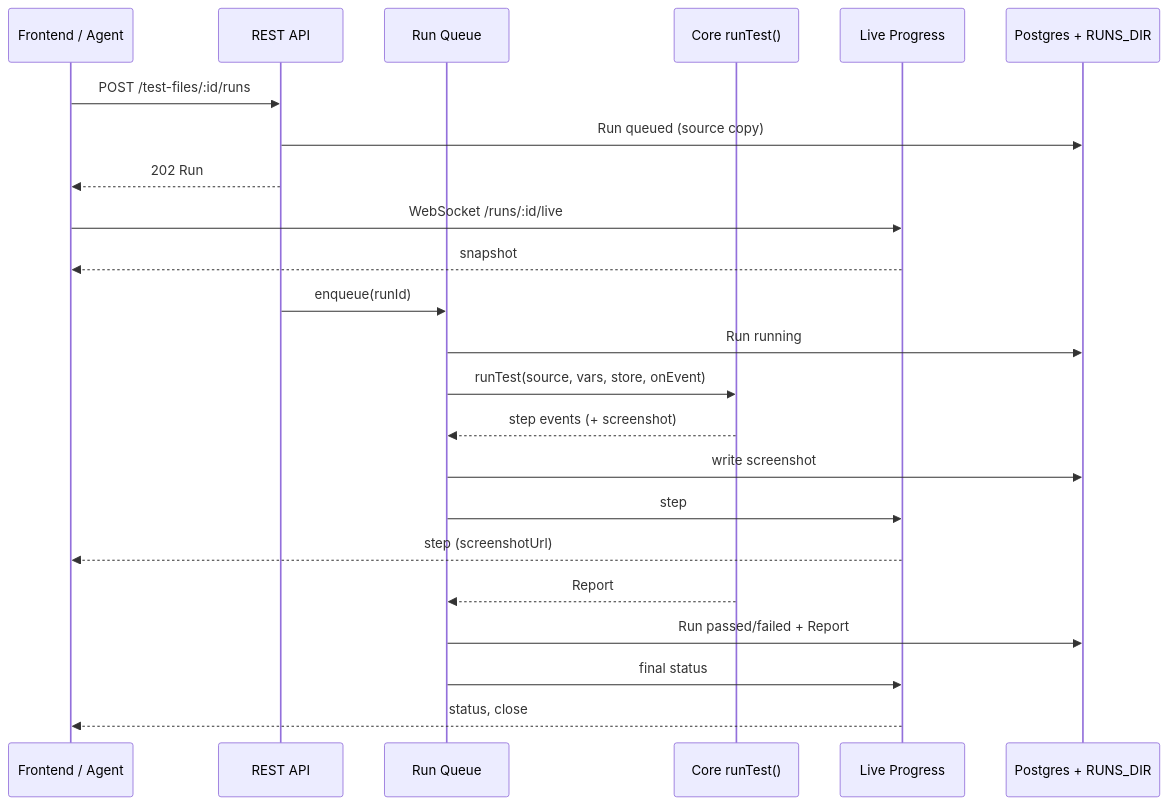
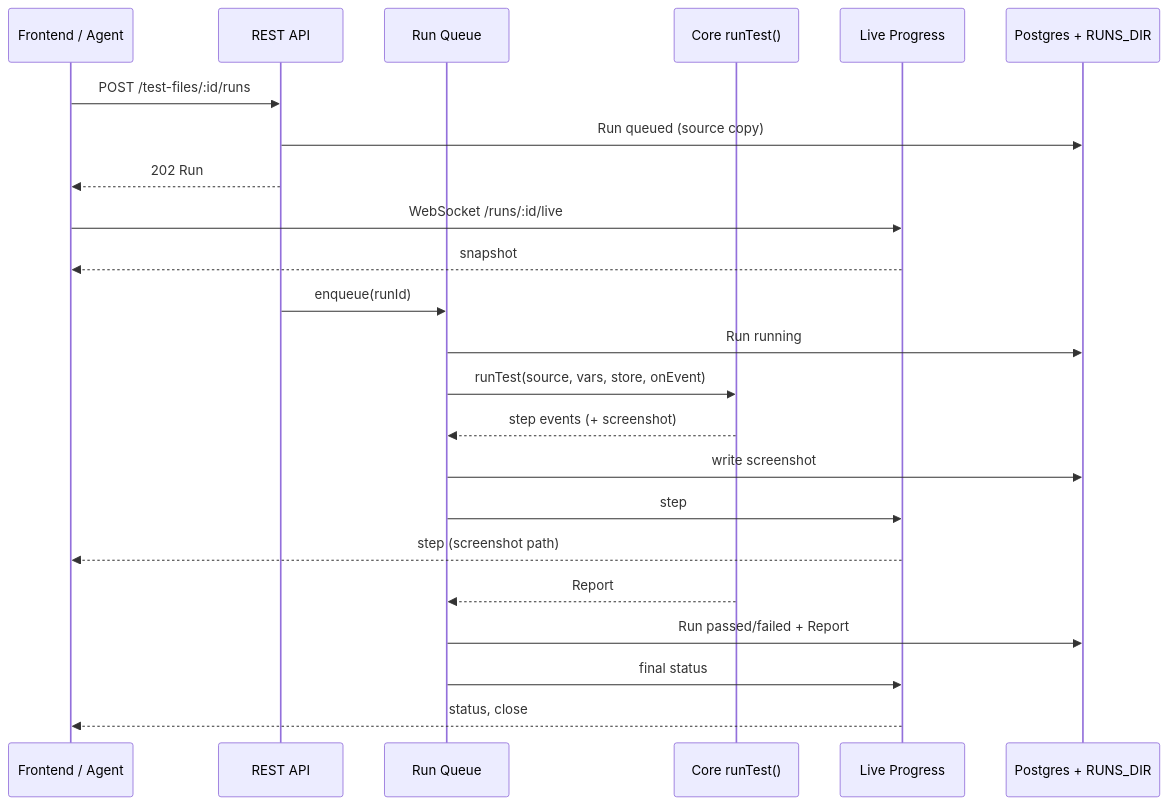
Before and after one commit to yike2/Jevwright: the first of 2 diagrams in docs/tech/backend.md, drawn with Mermaid. The commit also changed other lines of this file and 6 other files, not shown here.

````diff
--- a/docs/tech/backend.md
+++ b/docs/tech/backend.md
@@ -114,25 +102,25 @@
 ```mermaid
 sequenceDiagram
   participant F as Frontend / Agent
   participant A as REST API
   participant Q as Run Queue
   participant C as Core runTest()
   participant L as Live Progress
   participant D as Postgres + RUNS_DIR
   F->>A: POST /test-files/:id/runs
   A->>D: Run queued (source copy)
   A-->>F: 202 Run
   F->>L: WebSocket /runs/:id/live
   L-->>F: snapshot
   A->>Q: enqueue(runId)
   Q->>D: Run running
   Q->>C: runTest(source, vars, store, onEvent)
   C-->>Q: step events (+ screenshot)
   Q->>D: write screenshot
   Q->>L: step
-  L-->>F: step (screenshotUrl)
+  L-->>F: step (screenshot path)
   C-->>Q: Report
   Q->>D: Run passed/failed + Report
   Q->>L: final status
   L-->>F: status, close
 ```
````
